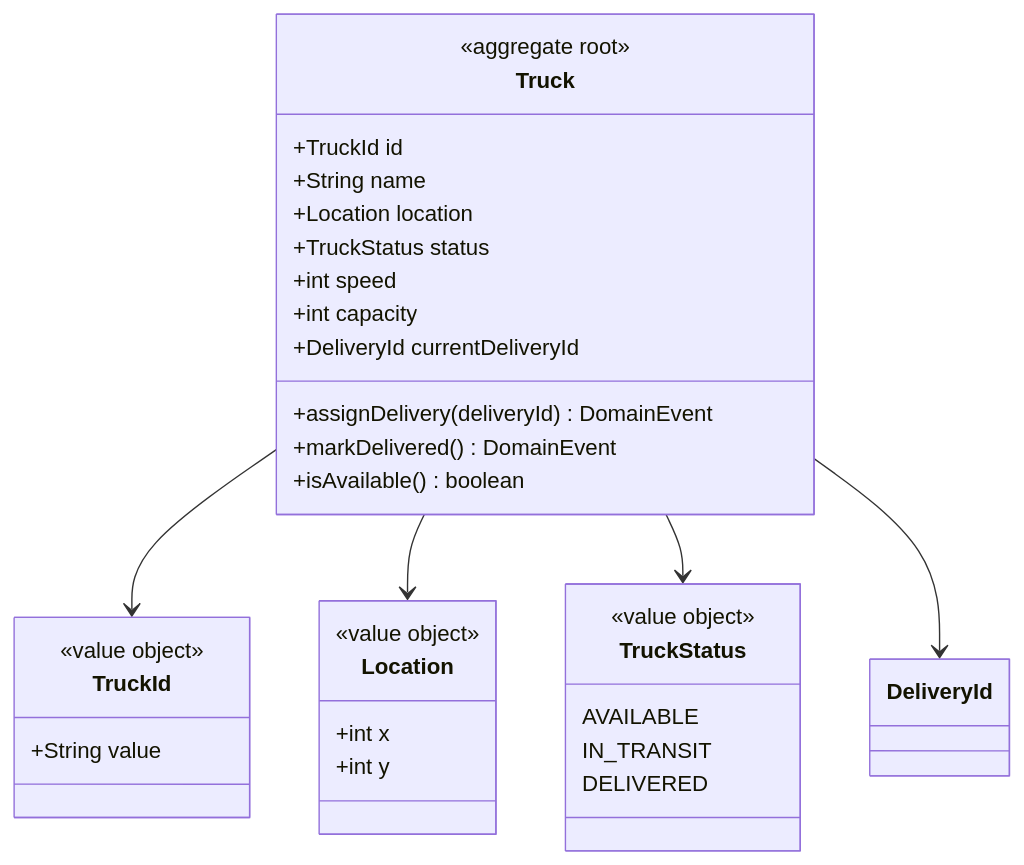
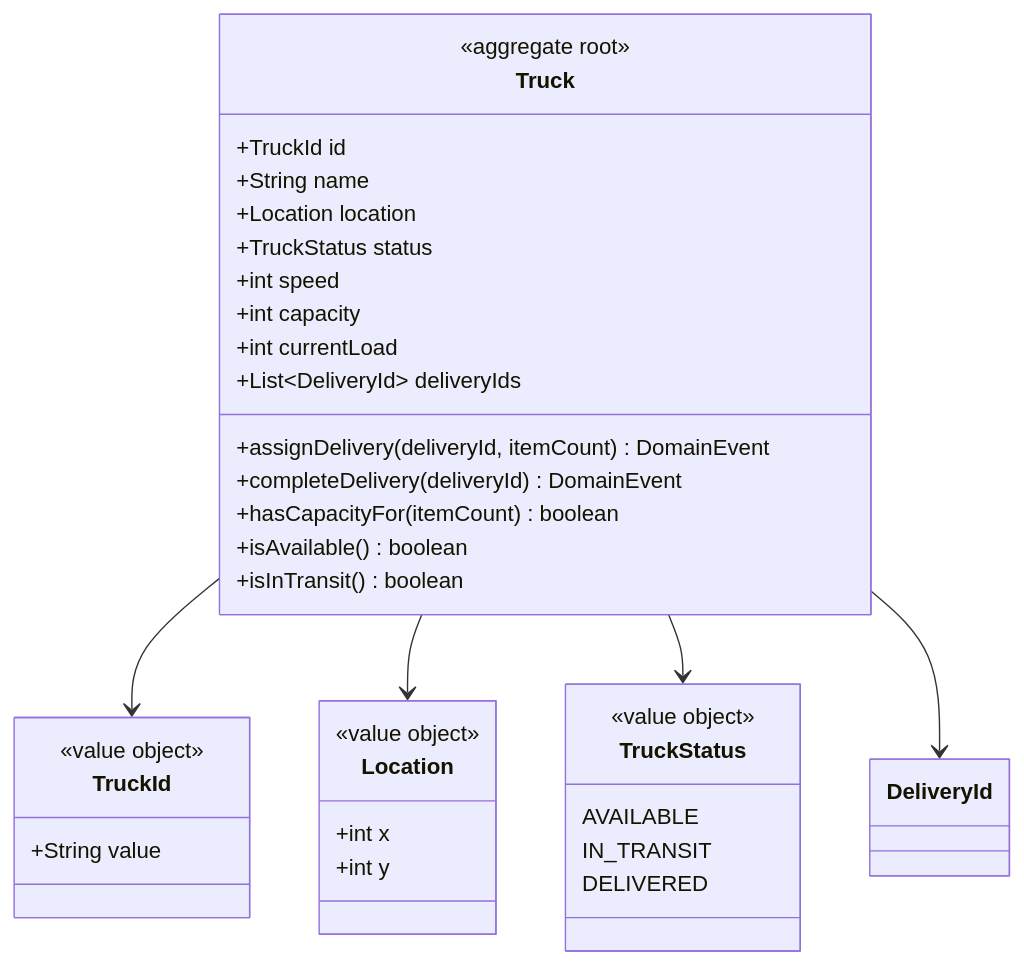
The first of 6 diagrams in transport/ddd.md (PauLopNun/workshop-suministros), drawn with Mermaid before and after one commit. The commit also changed other lines of this file, not shown here.

Commit message:
docs: update domain model to support multi-delivery trucks

````diff
--- a/transport/ddd.md
+++ b/transport/ddd.md
@@ -14,35 +14,38 @@
 ```mermaid
 classDiagram
     class Truck {
         <<aggregate root>>
         +TruckId id
         +String name
         +Location location
         +TruckStatus status
         +int speed
         +int capacity
-        +DeliveryId currentDeliveryId
-        +assignDelivery(deliveryId) DomainEvent
-        +markDelivered() DomainEvent
+        +int currentLoad
+        +List~DeliveryId~ deliveryIds
+        +assignDelivery(deliveryId, itemCount) DomainEvent
+        +completeDelivery(deliveryId) DomainEvent
+        +hasCapacityFor(itemCount) boolean
         +isAvailable() boolean
+        +isInTransit() boolean
     }
     class TruckId {
         <<value object>>
         +String value
     }
     class Location {
         <<value object>>
         +int x
         +int y
     }
     class TruckStatus {
         <<value object>>
         AVAILABLE
         IN_TRANSIT
         DELIVERED
     }
     Truck --> TruckId
     Truck --> Location
     Truck --> TruckStatus
     Truck --> DeliveryId
 ```
````
